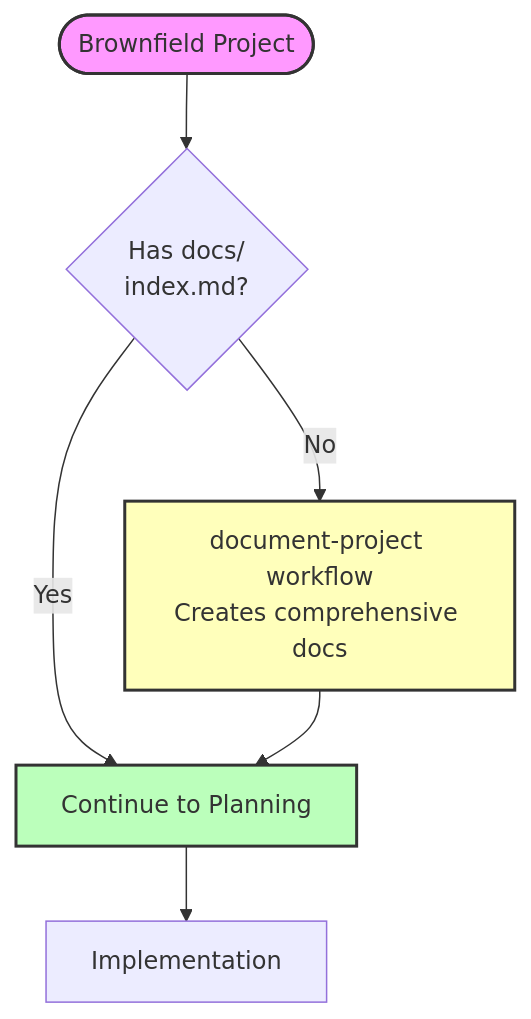
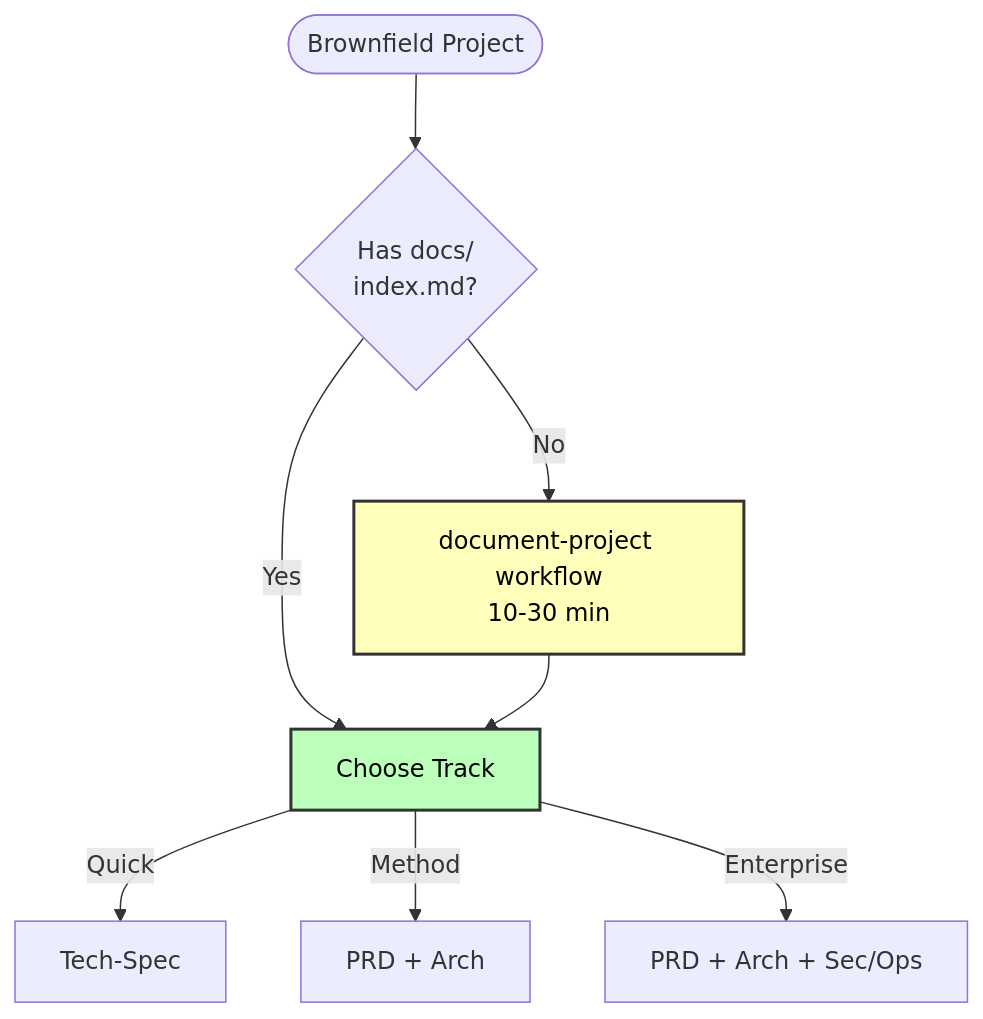
The second of 2 diagrams in bmad/bmm/docs/scale-adaptive-system.md (CSmithy89/agent-orchestrator), drawn with Mermaid before and after one commit. The commit also changed other lines of this file and 376 other files, not shown here.

````diff
--- a/bmad/bmm/docs/scale-adaptive-system.md
+++ b/bmad/bmm/docs/scale-adaptive-system.md
@@ -501,16 +388,17 @@
 ```mermaid
 flowchart TD
     START([Brownfield Project])
     CHECK{Has docs/<br/>index.md?}
 
     START --> CHECK
-    CHECK -->|No| DOC[document-project workflow<br/>Creates comprehensive docs]
-    CHECK -->|Yes| PLAN[Continue to Planning]
+    CHECK -->|No| DOC[document-project workflow<br/>10-30 min]
+    CHECK -->|Yes| TRACK[Choose Track]
 
-    DOC --> PLAN
-    PLAN --> IMPL[Implementation]
+    DOC --> TRACK
+    TRACK -->|Quick| QF[Tech-Spec]
+    TRACK -->|Method| M[PRD + Arch]
+    TRACK -->|Enterprise| E[PRD + Arch + Sec/Ops]
 
-    style START fill:#f9f,stroke:#333,stroke-width:2px
-    style DOC fill:#ffb,stroke:#333,stroke-width:2px
-    style PLAN fill:#bfb,stroke:#333,stroke-width:2px
+    style DOC fill:#ffb,stroke:#333,stroke-width:2px,color:#000
+    style TRACK fill:#bfb,stroke:#333,stroke-width:2px,color:#000
 ```
````
